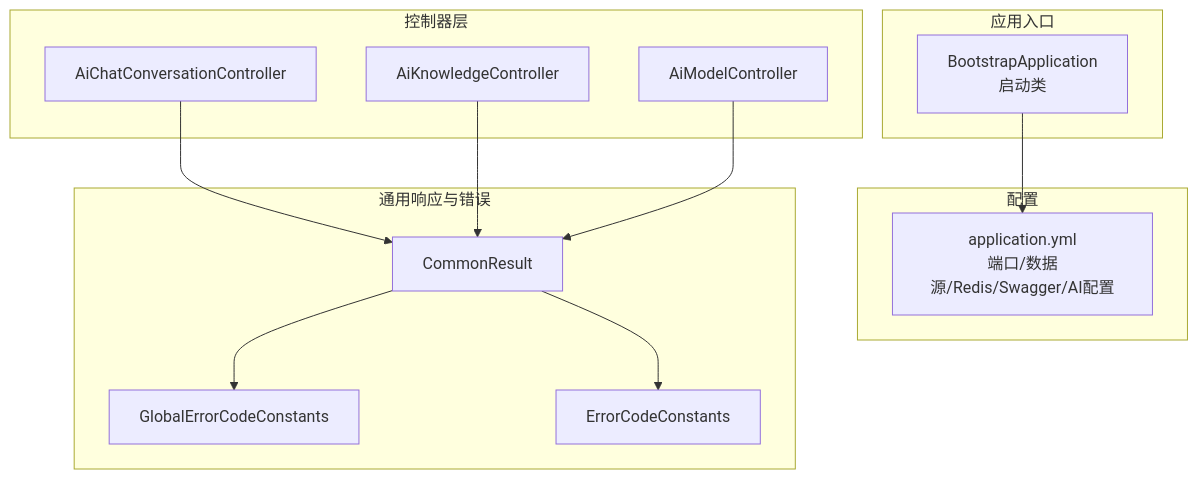
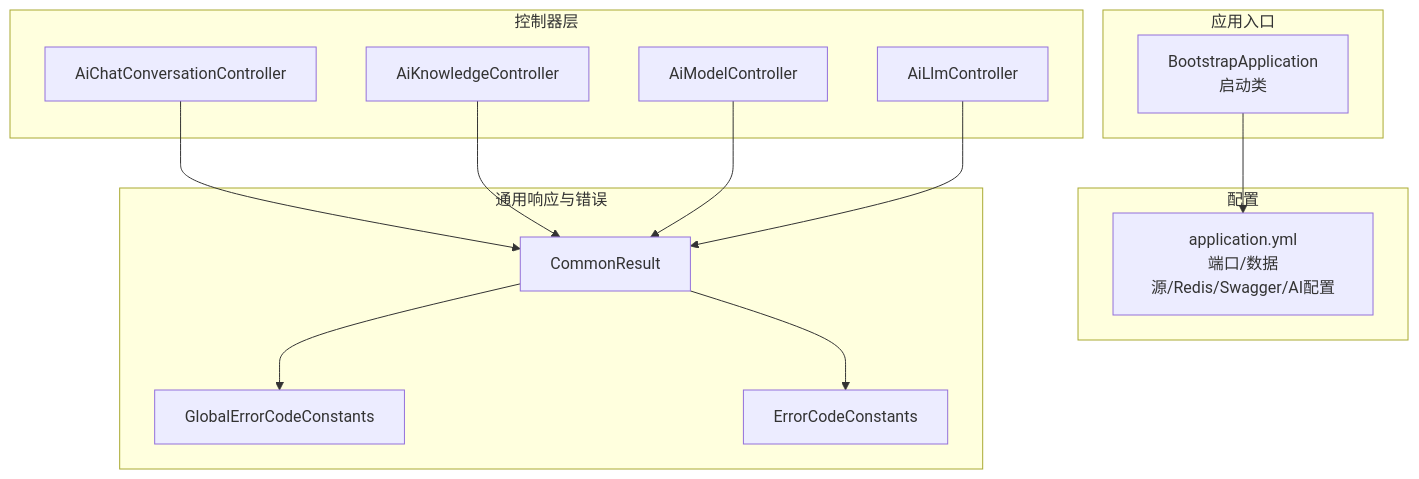
Before and after one commit to X555LB/data-ai: the first of 3 diagrams in .qoder/repowiki/zh/content/API接口文档.md, drawn with Mermaid. The commit also changed other lines of this file and 11 other files, not shown here.

````diff
--- a/.qoder/repowiki/zh/content/API接口文档.md
+++ b/.qoder/repowiki/zh/content/API接口文档.md
@@ -38,25 +41,27 @@
 ```mermaid
 graph TB
 subgraph "应用入口"
 BA["BootstrapApplication<br/>启动类"]
 end
 subgraph "配置"
 CFG["application.yml<br/>端口/数据源/Redis/Swagger/AI配置"]
 end
 subgraph "控制器层"
 CC["AiChatConversationController"]
 KC["AiKnowledgeController"]
 MC["AiModelController"]
+LC["AiLlmController"]
 end
 subgraph "通用响应与错误"
 CR["CommonResult<T>"]
 GEC["GlobalErrorCodeConstants"]
 EC["ErrorCodeConstants"]
 end
 BA --> CFG
 CC --> CR
 KC --> CR
 MC --> CR
+LC --> CR
 CR --> GEC
 CR --> EC
 ```
````
